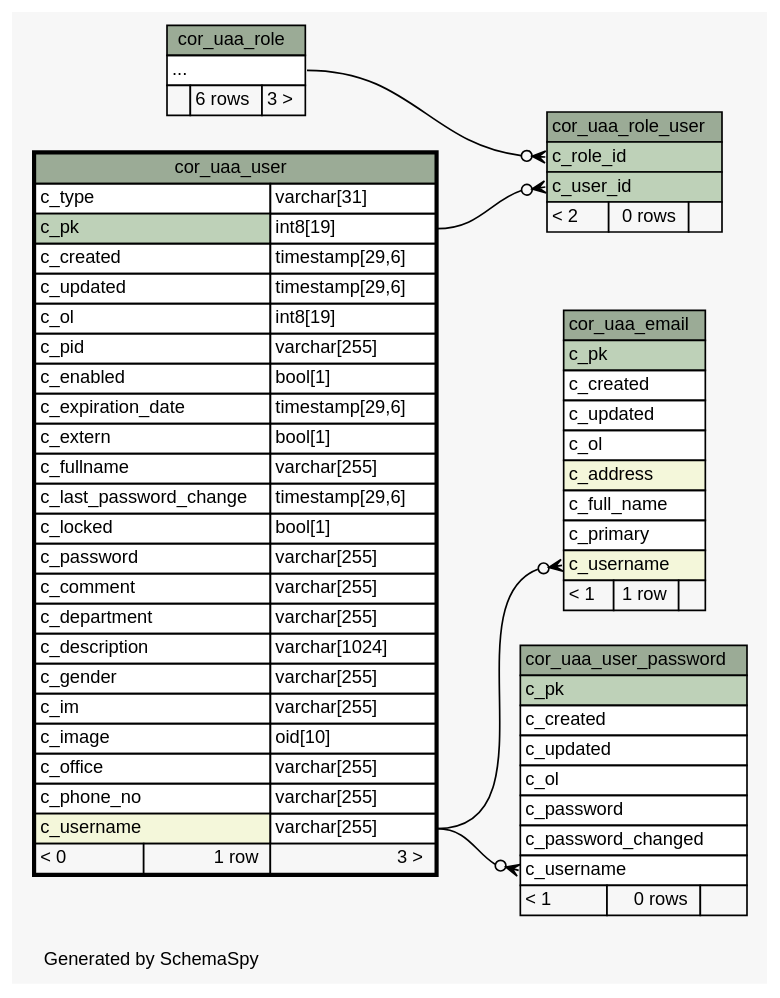
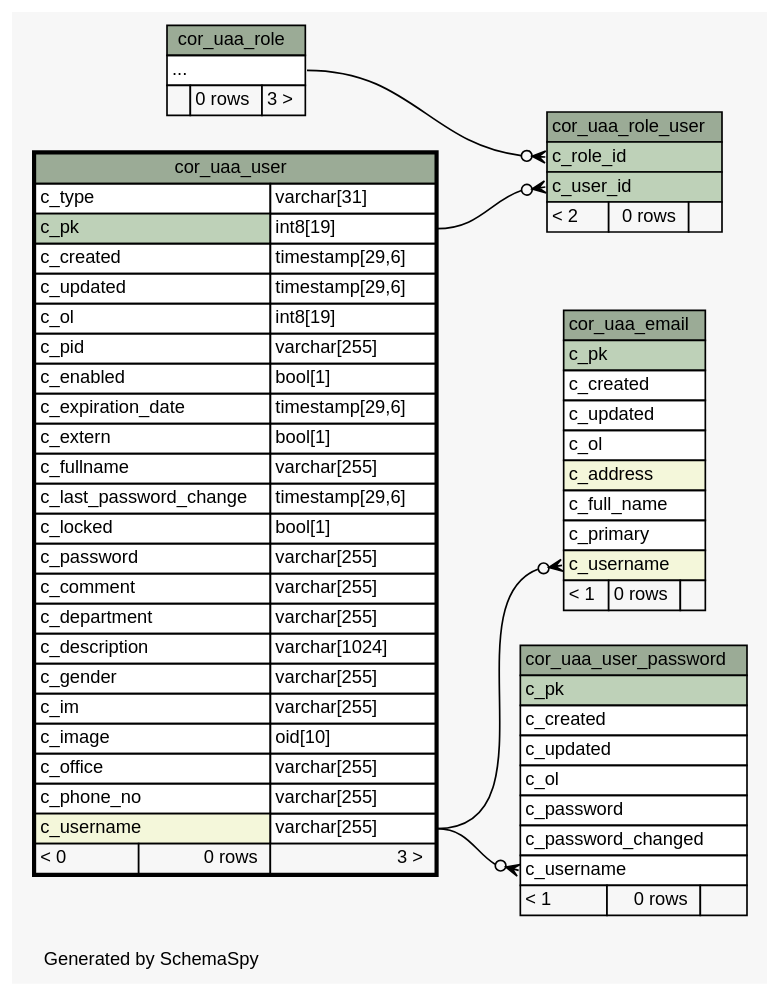
One commit to openwms/org.openwms.core.uaa changed the diagram in 1.1.0-SNAPSHOT/schemaspy/diagrams/cor_uaa_user.2degrees.dot. Above: the diagram before and after it, drawn with Graphviz. The commit also changed 402 other files, not shown here.

```diff
--- a/1.1.0-SNAPSHOT/schemaspy/diagrams/cor_uaa_user.2degrees.dot
+++ b/1.1.0-SNAPSHOT/schemaspy/diagrams/cor_uaa_user.2degrees.dot
@@ -1,111 +1,111 @@
-// dot 2.38.0 on Linux 4.15.0-1077-gcp
+// dot 2.43.0 on Linux 5.4.0-1039-azure
 // SchemaSpy rev Unknown
 digraph "twoDegreesRelationshipsDiagram" {
   graph [
     rankdir="RL"
     bgcolor="#f7f7f7"
     label="\nGenerated by SchemaSpy"
     labeljust="l"
     nodesep="0.18"
     ranksep="0.46"
     fontname="Helvetica"
     fontsize="11"
   ];
   node [
     fontname="Helvetica"
     fontsize="11"
     shape="plaintext"
   ];
   edge [
     arrowsize="0.8"
   ];
   "cor_uaa_email":"c_username":w -> "cor_uaa_user":"c_username.type":e [arrowhead=none dir=back arrowtail=crowodot];
   "cor_uaa_role_user":"c_role_id":w -> "cor_uaa_role":"elipses":e [arrowhead=none dir=back arrowtail=crowodot];
   "cor_uaa_role_user":"c_user_id":w -> "cor_uaa_user":"c_pk.type":e [arrowhead=none dir=back arrowtail=crowodot];
   "cor_uaa_user_password":"c_username":w -> "cor_uaa_user":"c_username.type":e [arrowhead=none dir=back arrowtail=crowodot];
   "cor_uaa_email" [
     label=<
     <TABLE BORDER="0" CELLBORDER="1" CELLSPACING="0" BGCOLOR="#ffffff">
       <TR><TD COLSPAN="3" BGCOLOR="#9bab96" ALIGN="CENTER">cor_uaa_email</TD></TR>
       <TR><TD PORT="c_pk" COLSPAN="3" BGCOLOR="#bed1b8" ALIGN="LEFT">c_pk</TD></TR>
       <TR><TD PORT="c_created" COLSPAN="3" ALIGN="LEFT">c_created</TD></TR>
       <TR><TD PORT="c_updated" COLSPAN="3" ALIGN="LEFT">c_updated</TD></TR>
       <TR><TD PORT="c_ol" COLSPAN="3" ALIGN="LEFT">c_ol</TD></TR>
       <TR><TD PORT="c_address" COLSPAN="3" BGCOLOR="#f4f7da" ALIGN="LEFT">c_address</TD></TR>
       <TR><TD PORT="c_full_name" COLSPAN="3" ALIGN="LEFT">c_full_name</TD></TR>
       <TR><TD PORT="c_primary" COLSPAN="3" ALIGN="LEFT">c_primary</TD></TR>
       <TR><TD PORT="c_username" COLSPAN="3" BGCOLOR="#f4f7da" ALIGN="LEFT">c_username</TD></TR>
-      <TR><TD ALIGN="LEFT" BGCOLOR="#f7f7f7">&lt; 1</TD><TD ALIGN="RIGHT" BGCOLOR="#f7f7f7">1 row</TD><TD ALIGN="RIGHT" BGCOLOR="#f7f7f7">  </TD></TR>
+      <TR><TD ALIGN="LEFT" BGCOLOR="#f7f7f7">&lt; 1</TD><TD ALIGN="RIGHT" BGCOLOR="#f7f7f7">0 rows</TD><TD ALIGN="RIGHT" BGCOLOR="#f7f7f7">  </TD></TR>
     </TABLE>>
     URL="cor_uaa_email.html"
     tooltip="cor_uaa_email"
   ];
   "cor_uaa_role" [
     label=<
     <TABLE BORDER="0" CELLBORDER="1" CELLSPACING="0" BGCOLOR="#ffffff">
       <TR><TD COLSPAN="3" BGCOLOR="#9bab96" ALIGN="CENTER">cor_uaa_role</TD></TR>
       <TR><TD PORT="elipses" COLSPAN="3" ALIGN="LEFT">...</TD></TR>
-      <TR><TD ALIGN="LEFT" BGCOLOR="#f7f7f7">  </TD><TD ALIGN="RIGHT" BGCOLOR="#f7f7f7">6 rows</TD><TD ALIGN="RIGHT" BGCOLOR="#f7f7f7">3 &gt;</TD></TR>
+      <TR><TD ALIGN="LEFT" BGCOLOR="#f7f7f7">  </TD><TD ALIGN="RIGHT" BGCOLOR="#f7f7f7">0 rows</TD><TD ALIGN="RIGHT" BGCOLOR="#f7f7f7">3 &gt;</TD></TR>
     </TABLE>>
     URL="cor_uaa_role.html"
     tooltip="cor_uaa_role"
   ];
   "cor_uaa_role_user" [
     label=<
     <TABLE BORDER="0" CELLBORDER="1" CELLSPACING="0" BGCOLOR="#ffffff">
       <TR><TD COLSPAN="3" BGCOLOR="#9bab96" ALIGN="CENTER">cor_uaa_role_user</TD></TR>
       <TR><TD PORT="c_role_id" COLSPAN="3" BGCOLOR="#bed1b8" ALIGN="LEFT">c_role_id</TD></TR>
       <TR><TD PORT="c_user_id" COLSPAN="3" BGCOLOR="#bed1b8" ALIGN="LEFT">c_user_id</TD></TR>
       <TR><TD ALIGN="LEFT" BGCOLOR="#f7f7f7">&lt; 2</TD><TD ALIGN="RIGHT" BGCOLOR="#f7f7f7">0 rows</TD><TD ALIGN="RIGHT" BGCOLOR="#f7f7f7">  </TD></TR>
     </TABLE>>
     URL="cor_uaa_role_user.html"
     tooltip="cor_uaa_role_user"
   ];
   "cor_uaa_user" [
     label=<
     <TABLE BORDER="2" CELLBORDER="1" CELLSPACING="0" BGCOLOR="#ffffff">
       <TR><TD COLSPAN="3" BGCOLOR="#9bab96" ALIGN="CENTER">cor_uaa_user</TD></TR>
       <TR><TD PORT="c_type" COLSPAN="2" ALIGN="LEFT">c_type</TD><TD PORT="c_type.type" ALIGN="LEFT">varchar[31]</TD></TR>
       <TR><TD PORT="c_pk" COLSPAN="2" BGCOLOR="#bed1b8" ALIGN="LEFT">c_pk</TD><TD PORT="c_pk.type" ALIGN="LEFT">int8[19]</TD></TR>
       <TR><TD PORT="c_created" COLSPAN="2" ALIGN="LEFT">c_created</TD><TD PORT="c_created.type" ALIGN="LEFT">timestamp[29,6]</TD></TR>
       <TR><TD PORT="c_updated" COLSPAN="2" ALIGN="LEFT">c_updated</TD><TD PORT="c_updated.type" ALIGN="LEFT">timestamp[29,6]</TD></TR>
       <TR><TD PORT="c_ol" COLSPAN="2" ALIGN="LEFT">c_ol</TD><TD PORT="c_ol.type" ALIGN="LEFT">int8[19]</TD></TR>
       <TR><TD PORT="c_pid" COLSPAN="2" ALIGN="LEFT">c_pid</TD><TD PORT="c_pid.type" ALIGN="LEFT">varchar[255]</TD></TR>
       <TR><TD PORT="c_enabled" COLSPAN="2" ALIGN="LEFT">c_enabled</TD><TD PORT="c_enabled.type" ALIGN="LEFT">bool[1]</TD></TR>
       <TR><TD PORT="c_expiration_date" COLSPAN="2" ALIGN="LEFT">c_expiration_date</TD><TD PORT="c_expiration_date.type" ALIGN="LEFT">timestamp[29,6]</TD></TR>
       <TR><TD PORT="c_extern" COLSPAN="2" ALIGN="LEFT">c_extern</TD><TD PORT="c_extern.type" ALIGN="LEFT">bool[1]</TD></TR>
       <TR><TD PORT="c_fullname" COLSPAN="2" ALIGN="LEFT">c_fullname</TD><TD PORT="c_fullname.type" ALIGN="LEFT">varchar[255]</TD></TR>
       <TR><TD PORT="c_last_password_change" COLSPAN="2" ALIGN="LEFT">c_last_password_change</TD><TD PORT="c_last_password_change.type" ALIGN="LEFT">timestamp[29,6]</TD></TR>
       <TR><TD PORT="c_locked" COLSPAN="2" ALIGN="LEFT">c_locked</TD><TD PORT="c_locked.type" ALIGN="LEFT">bool[1]</TD></TR>
       <TR><TD PORT="c_password" COLSPAN="2" ALIGN="LEFT">c_password</TD><TD PORT="c_password.type" ALIGN="LEFT">varchar[255]</TD></TR>
       <TR><TD PORT="c_comment" COLSPAN="2" ALIGN="LEFT">c_comment</TD><TD PORT="c_comment.type" ALIGN="LEFT">varchar[255]</TD></TR>
       <TR><TD PORT="c_department" COLSPAN="2" ALIGN="LEFT">c_department</TD><TD PORT="c_department.type" ALIGN="LEFT">varchar[255]</TD></TR>
       <TR><TD PORT="c_description" COLSPAN="2" ALIGN="LEFT">c_description</TD><TD PORT="c_description.type" ALIGN="LEFT">varchar[1024]</TD></TR>
       <TR><TD PORT="c_gender" COLSPAN="2" ALIGN="LEFT">c_gender</TD><TD PORT="c_gender.type" ALIGN="LEFT">varchar[255]</TD></TR>
       <TR><TD PORT="c_im" COLSPAN="2" ALIGN="LEFT">c_im</TD><TD PORT="c_im.type" ALIGN="LEFT">varchar[255]</TD></TR>
       <TR><TD PORT="c_image" COLSPAN="2" ALIGN="LEFT">c_image</TD><TD PORT="c_image.type" ALIGN="LEFT">oid[10]</TD></TR>
       <TR><TD PORT="c_office" COLSPAN="2" ALIGN="LEFT">c_office</TD><TD PORT="c_office.type" ALIGN="LEFT">varchar[255]</TD></TR>
       <TR><TD PORT="c_phone_no" COLSPAN="2" ALIGN="LEFT">c_phone_no</TD><TD PORT="c_phone_no.type" ALIGN="LEFT">varchar[255]</TD></TR>
       <TR><TD PORT="c_username" COLSPAN="2" BGCOLOR="#f4f7da" ALIGN="LEFT">c_username</TD><TD PORT="c_username.type" ALIGN="LEFT">varchar[255]</TD></TR>
-      <TR><TD ALIGN="LEFT" BGCOLOR="#f7f7f7">&lt; 0</TD><TD ALIGN="RIGHT" BGCOLOR="#f7f7f7">1 row</TD><TD ALIGN="RIGHT" BGCOLOR="#f7f7f7">3 &gt;</TD></TR>
+      <TR><TD ALIGN="LEFT" BGCOLOR="#f7f7f7">&lt; 0</TD><TD ALIGN="RIGHT" BGCOLOR="#f7f7f7">0 rows</TD><TD ALIGN="RIGHT" BGCOLOR="#f7f7f7">3 &gt;</TD></TR>
     </TABLE>>
     URL="cor_uaa_user.html"
     tooltip="cor_uaa_user"
   ];
   "cor_uaa_user_password" [
     label=<
     <TABLE BORDER="0" CELLBORDER="1" CELLSPACING="0" BGCOLOR="#ffffff">
       <TR><TD COLSPAN="3" BGCOLOR="#9bab96" ALIGN="CENTER">cor_uaa_user_password</TD></TR>
       <TR><TD PORT="c_pk" COLSPAN="3" BGCOLOR="#bed1b8" ALIGN="LEFT">c_pk</TD></TR>
       <TR><TD PORT="c_created" COLSPAN="3" ALIGN="LEFT">c_created</TD></TR>
       <TR><TD PORT="c_updated" COLSPAN="3" ALIGN="LEFT">c_updated</TD></TR>
       <TR><TD PORT="c_ol" COLSPAN="3" ALIGN="LEFT">c_ol</TD></TR>
       <TR><TD PORT="c_password" COLSPAN="3" ALIGN="LEFT">c_password</TD></TR>
       <TR><TD PORT="c_password_changed" COLSPAN="3" ALIGN="LEFT">c_password_changed</TD></TR>
       <TR><TD PORT="c_username" COLSPAN="3" ALIGN="LEFT">c_username</TD></TR>
       <TR><TD ALIGN="LEFT" BGCOLOR="#f7f7f7">&lt; 1</TD><TD ALIGN="RIGHT" BGCOLOR="#f7f7f7">0 rows</TD><TD ALIGN="RIGHT" BGCOLOR="#f7f7f7">  </TD></TR>
     </TABLE>>
     URL="cor_uaa_user_password.html"
     tooltip="cor_uaa_user_password"
   ];
 }
```
